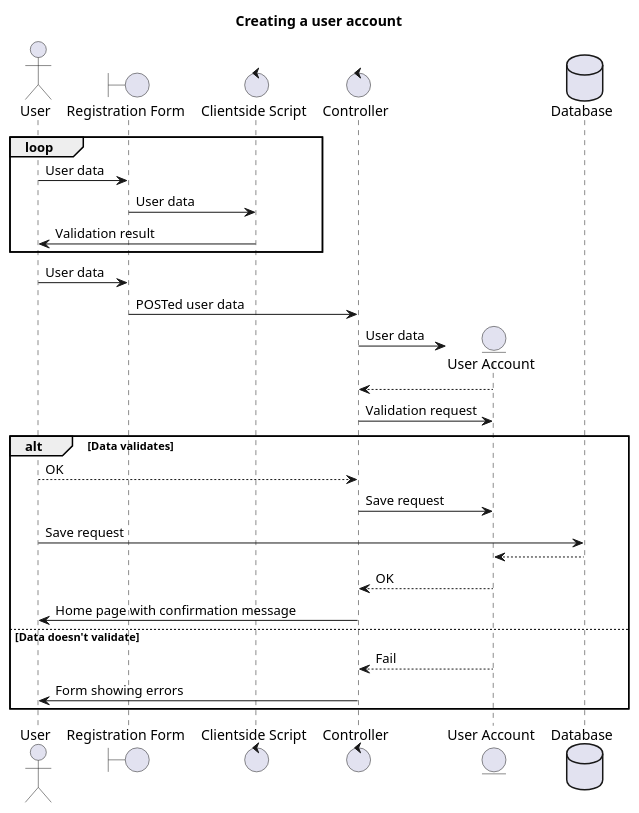
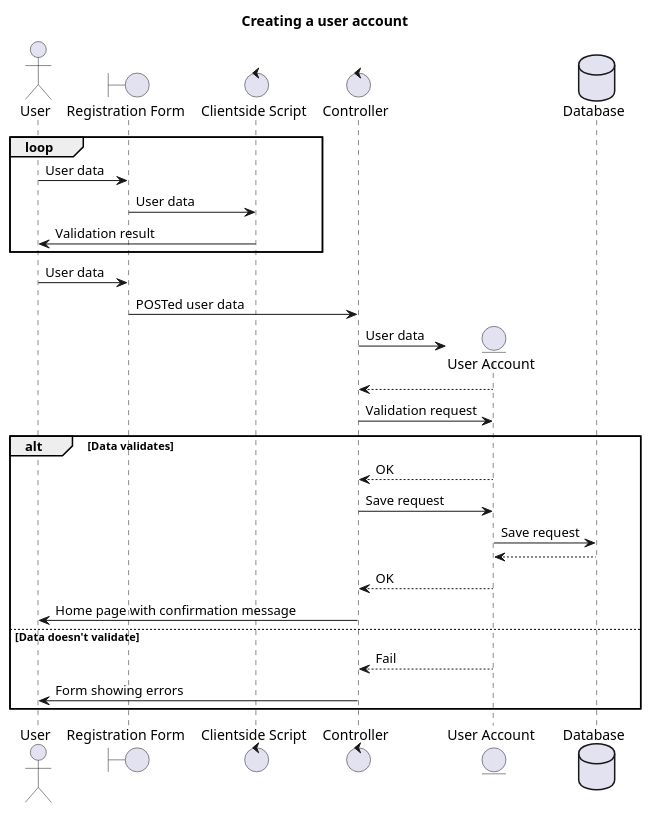
One commit to schnip-it/schnip.it changed the third of 6 diagrams in doc/writeup/design/sequences.plantuml. Above: the diagram before and after it, drawn with PlantUML. The commit also changed other lines of this file and 1 other file, not shown here.

Commit message:
Fix error in sequence diagrams

```diff
--- a/doc/writeup/design/sequences.plantuml
+++ b/doc/writeup/design/sequences.plantuml
@@ -79,37 +79,37 @@
-@startuml seq_user-create.svg
+@startuml seq_user-create.png
 
 title Creating a user account
 
 actor User
 boundary "Registration Form" as Website
 control "Clientside Script" as Script
 control Controller
 
 loop
     User    -> Website: User data
     Website -> Script:  User data
     Script  -> User:    Validation result
 end
 
 User -> Website: User data
 Website -> Controller: POSTed user data
 create entity "User Account" as Account
 Controller -> Account: User data
 Account --> Controller
 Controller -> Account: Validation request
 
 alt Data validates
     database Database
 
-    User      --> Controller: OK
+    Account      --> Controller: OK
     Controller -> Account:    Save request
-    User       -> Database:   Save request
+    Account    -> Database:   Save request
     Database  --> Account
     Account   --> Controller: OK
     Controller -> User:       Home page with confirmation message
 else Data doesn't validate
     Account   --> Controller: Fail
     Controller -> User:       Form showing errors
 end
 
 @enduml
```
